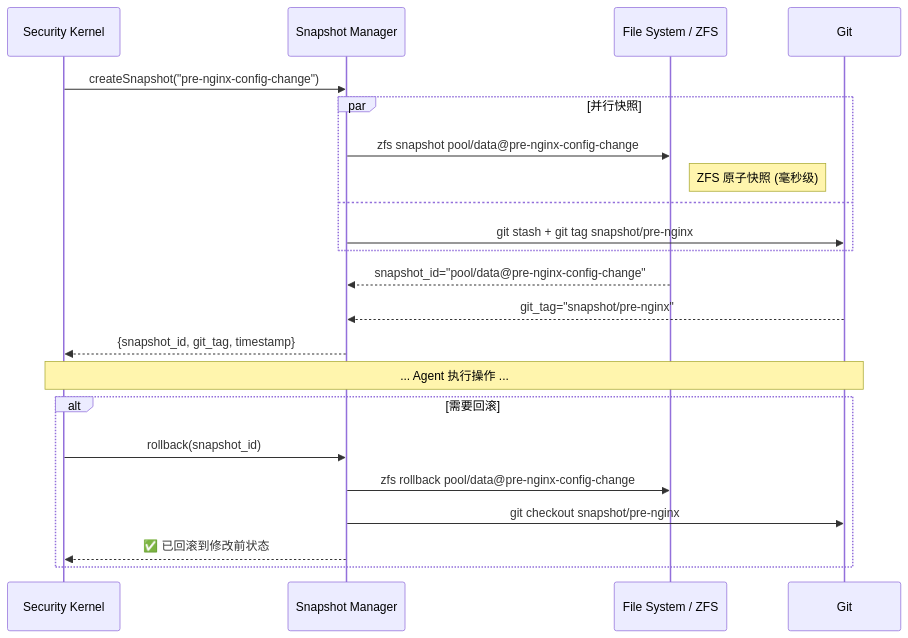
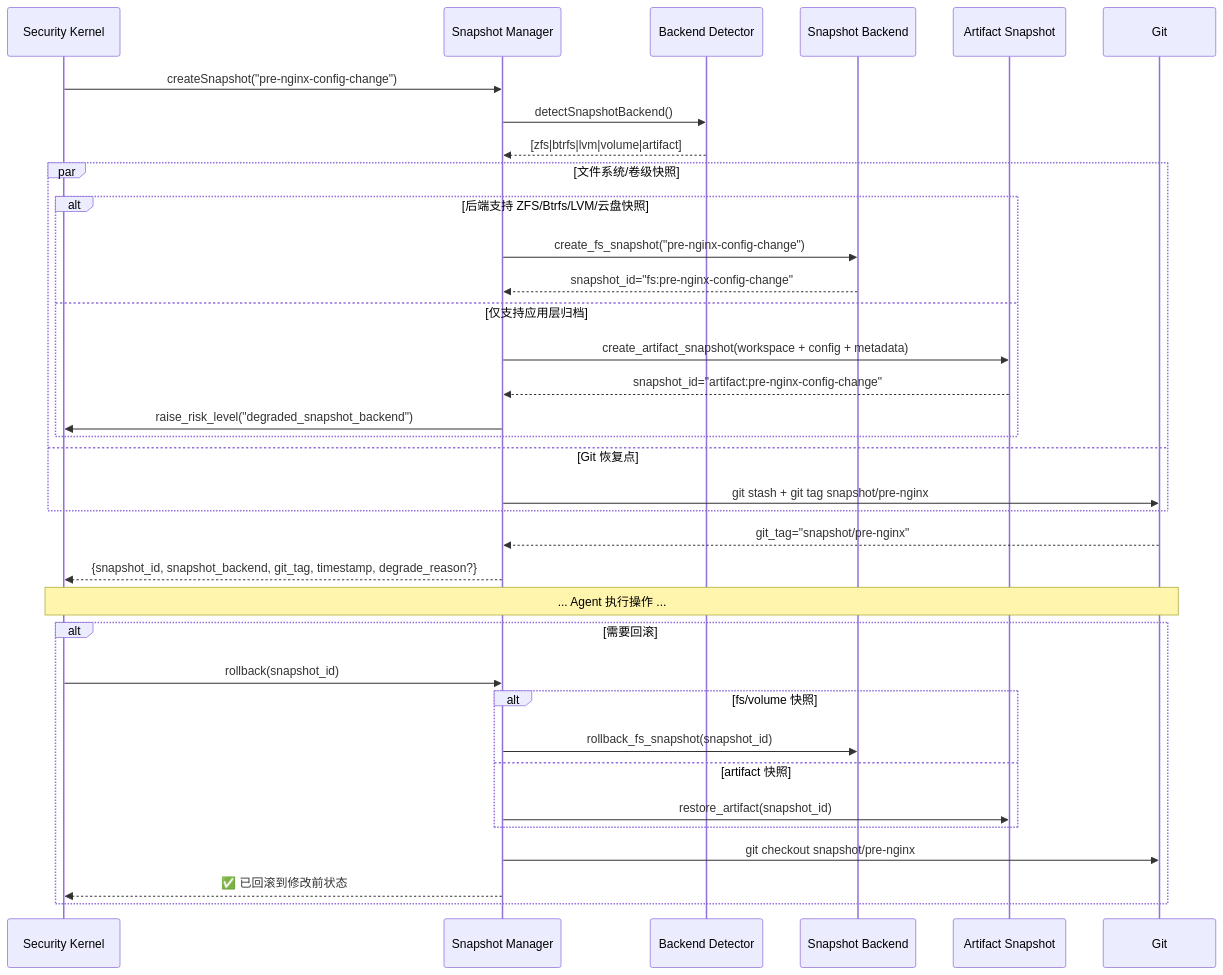
Before and after one commit to Yidhar/Embla_System: diagram 16 of 17 in doc/12-limbs-layer-modules.md, drawn with Mermaid. The commit also changed other lines of this file and 13 other files, not shown here.

Commit message:
docs: refresh architecture specs and security blindspot baseline

````diff
--- a/doc/12-limbs-layer-modules.md
+++ b/doc/12-limbs-layer-modules.md
@@ -690,30 +857,43 @@
 ```mermaid
 sequenceDiagram
     participant SEC as Security Kernel
     participant SNAP as Snapshot Manager
-    participant FS as File System / ZFS
+    participant DET as Backend Detector
+    participant FS as Snapshot Backend
+    participant ART as Artifact Snapshot
     participant GIT as Git
 
     SEC->>SNAP: createSnapshot("pre-nginx-config-change")
+    SNAP->>DET: detectSnapshotBackend()
+    DET-->>SNAP: [zfs|btrfs|lvm|volume|artifact]
 
-    par 并行快照
-        SNAP->>FS: zfs snapshot pool/data@pre-nginx-config-change
-        Note right of FS: ZFS 原子快照 (毫秒级)
-    and
+    par 文件系统/卷级快照
+        alt 后端支持 ZFS/Btrfs/LVM/云盘快照
+            SNAP->>FS: create_fs_snapshot("pre-nginx-config-change")
+            FS-->>SNAP: snapshot_id="fs:pre-nginx-config-change"
+        else 仅支持应用层归档
+            SNAP->>ART: create_artifact_snapshot(workspace + config + metadata)
+            ART-->>SNAP: snapshot_id="artifact:pre-nginx-config-change"
+            SNAP->>SEC: raise_risk_level("degraded_snapshot_backend")
+        end
+    and Git 恢复点
         SNAP->>GIT: git stash + git tag snapshot/pre-nginx
     end
 
-    FS-->>SNAP: snapshot_id="pool/data@pre-nginx-config-change"
     GIT-->>SNAP: git_tag="snapshot/pre-nginx"
 
-    SNAP-->>SEC: {snapshot_id, git_tag, timestamp}
+    SNAP-->>SEC: {snapshot_id, snapshot_backend, git_tag, timestamp, degrade_reason?}
 
     Note over SEC,GIT: ... Agent 执行操作 ...
 
     alt 需要回滚
         SEC->>SNAP: rollback(snapshot_id)
-        SNAP->>FS: zfs rollback pool/data@pre-nginx-config-change
+        alt fs/volume 快照
+            SNAP->>FS: rollback_fs_snapshot(snapshot_id)
+        else artifact 快照
+            SNAP->>ART: restore_artifact(snapshot_id)
+        end
         SNAP->>GIT: git checkout snapshot/pre-nginx
         SNAP-->>SEC: ✅ 已回滚到修改前状态
     end
 ```
````
